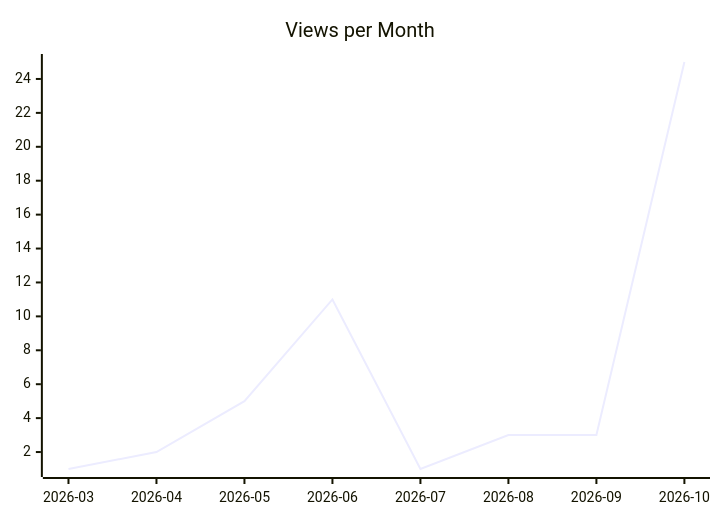
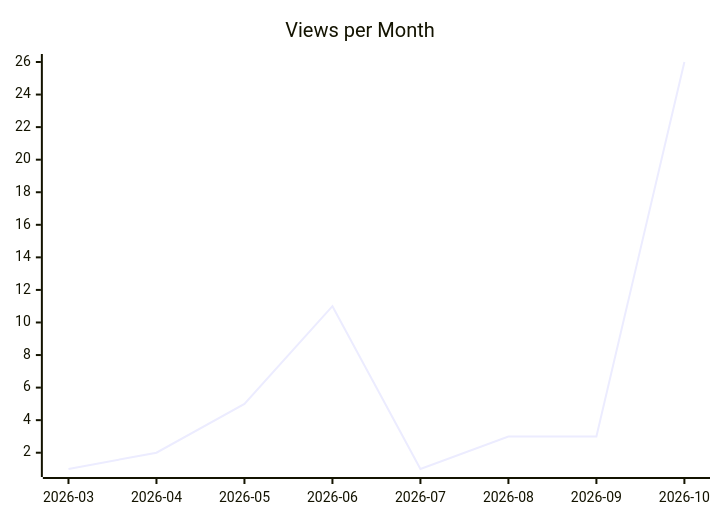
The second of 3 diagrams in karlmdavis/justdavis-ansible/README.md (justdavis-family/github-analytics-data), drawn with Mermaid before and after one commit. The commit also changed other lines of this file and 202 other files, not shown here.

````diff
--- a/karlmdavis/justdavis-ansible/README.md
+++ b/karlmdavis/justdavis-ansible/README.md
@@ -12,6 +12,6 @@
 ```mermaid
 xychart-beta
   title "Views per Month"
   x-axis ["2026-03", "2026-04", "2026-05", "2026-06", "2026-07", "2026-08", "2026-09", "2026-10"]
-  line [1, 2, 5, 11, 1, 3, 3, 25]
+  line [1, 2, 5, 11, 1, 3, 3, 26]
 ```
````
